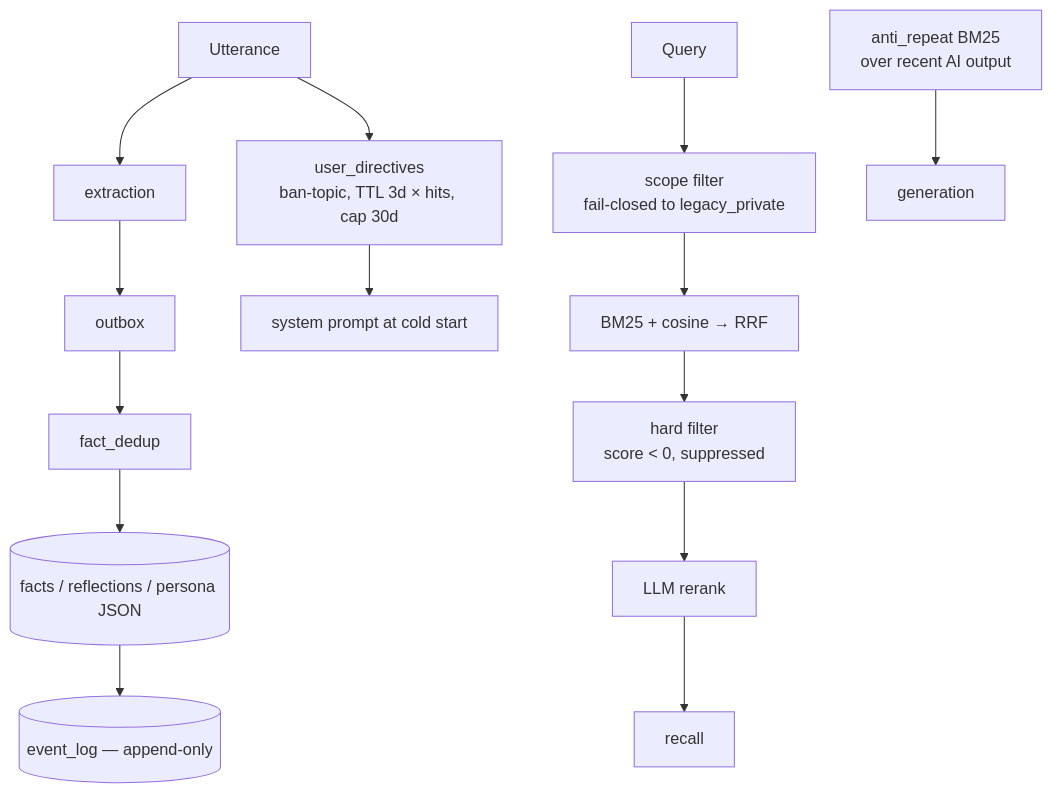
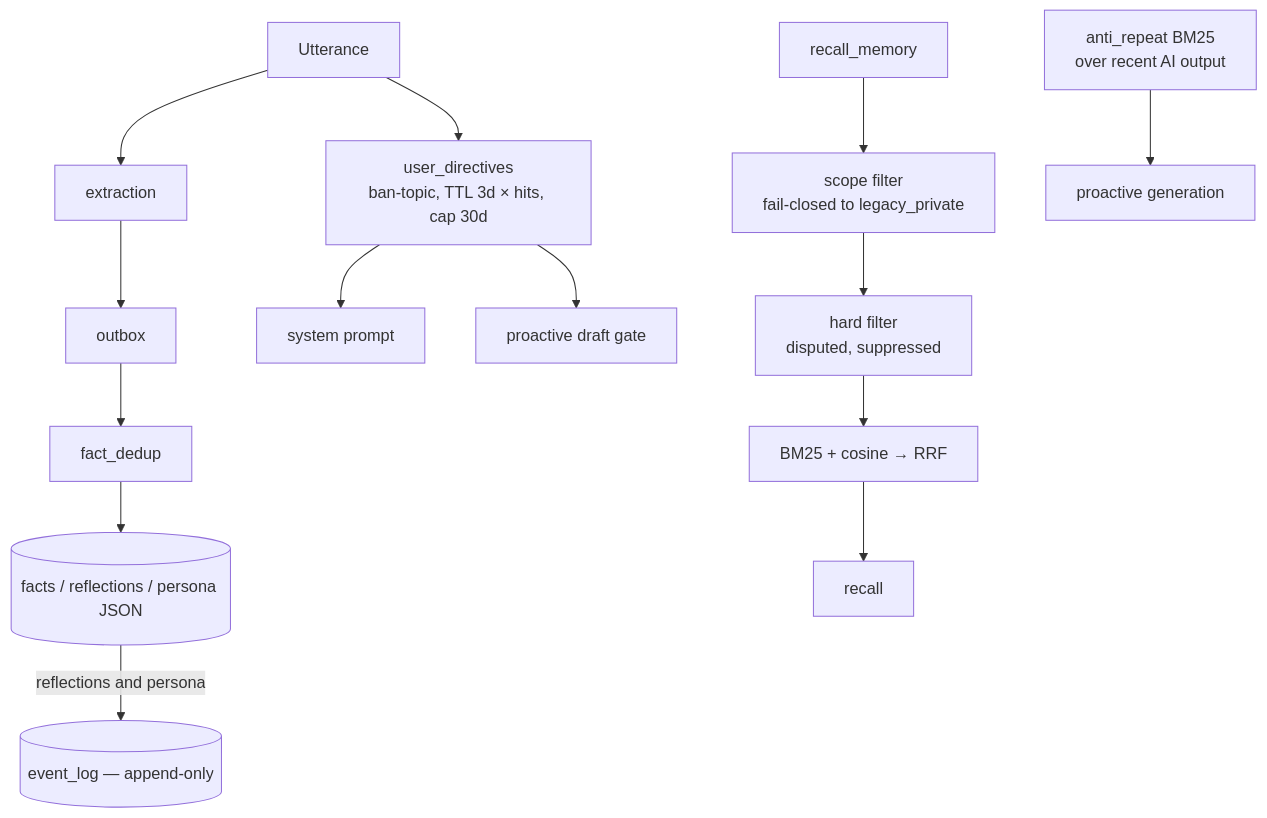
Before and after one commit to neoneye/agent-memory-atlas: the third of 3 diagrams in content/systems/neko.md, drawn with Mermaid. The commit also changed other lines of this file and 12 other files, not shown here.

First line of the commit message:
Re-read N.E.K.O at bcdd5c2: the ban list filters drafts, not recall; marks hold

````diff
--- a/content/systems/neko.md
+++ b/content/systems/neko.md
@@ -173,14 +198,14 @@
 ```mermaid
-%% caption: the write and read halves together, with the scope filter failing closed to the private namespace
+%% caption: the write and read halves together, with the scope filter failing closed to the private namespace and no model stage on the recall tool path
 flowchart TB
     U[Utterance] --> EX[extraction]
     U --> UD[user_directives<br/>ban-topic, TTL 3d × hits, cap 30d]
     EX --> OB[outbox] --> DD[fact_dedup] --> V[(facts / reflections / persona JSON)]
-    V --> EL[(event_log — append-only)]
-    Q[Query] --> SF[scope filter<br/>fail-closed to legacy_private]
-    SF --> H[BM25 + cosine → RRF]
-    H --> HF[hard filter<br/>score < 0, suppressed]
-    HF --> RR[LLM rerank] --> OUT[recall]
-    UD --> PR[system prompt at cold start]
-    AR[anti_repeat BM25<br/>over recent AI output] --> GEN[generation]
+    V -->|reflections and persona| EL[(event_log — append-only)]
+    Q[recall_memory] --> SF[scope filter<br/>fail-closed to legacy_private]
+    SF --> HF[hard filter<br/>disputed, suppressed]
+    HF --> H[BM25 + cosine → RRF] --> OUT[recall]
+    UD --> PR[system prompt]
+    UD --> PG[proactive draft gate]
+    AR[anti_repeat BM25<br/>over recent AI output] --> GEN[proactive generation]
 ```
````
